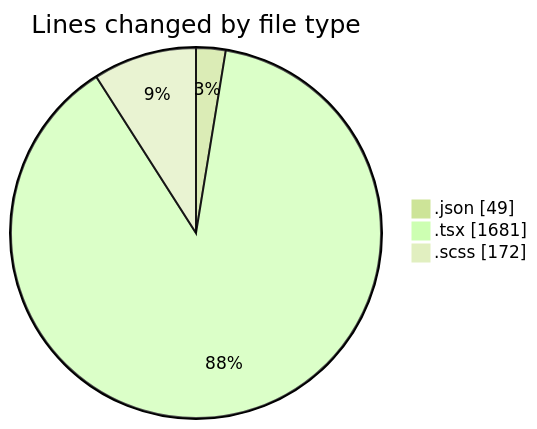
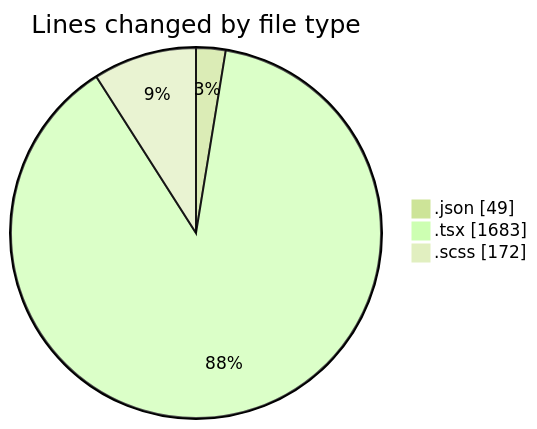
Before and after one commit to momahboobian/code-tracking: the first of 2 diagrams in 2025-08-20/cda/README.md, drawn with Mermaid (forest theme). The commit also changed other lines of this file and 1 other file, not shown here.

````diff
--- a/2025-08-20/cda/README.md
+++ b/2025-08-20/cda/README.md
@@ -26,7 +26,7 @@
 ```mermaid
 pie showData
 title Lines changed by file type
 ".json" : 49
-".tsx" : 1681
+".tsx" : 1683
 ".scss" : 172
 ```
````
